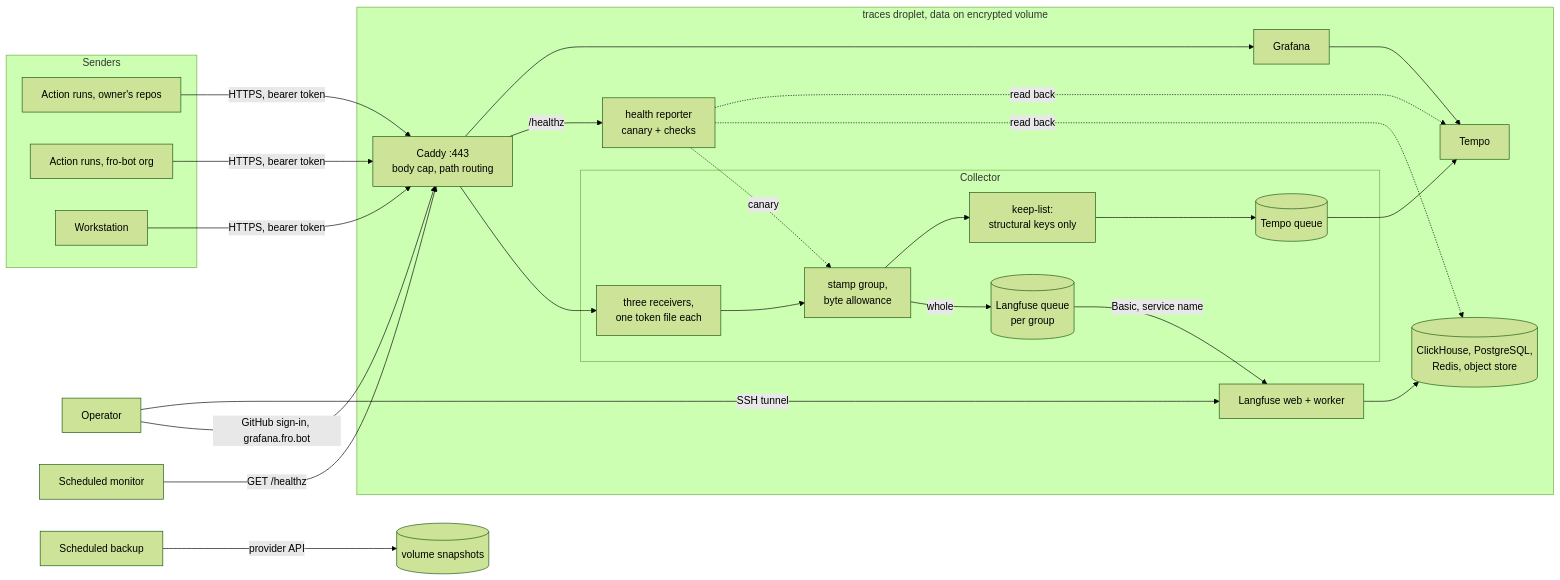
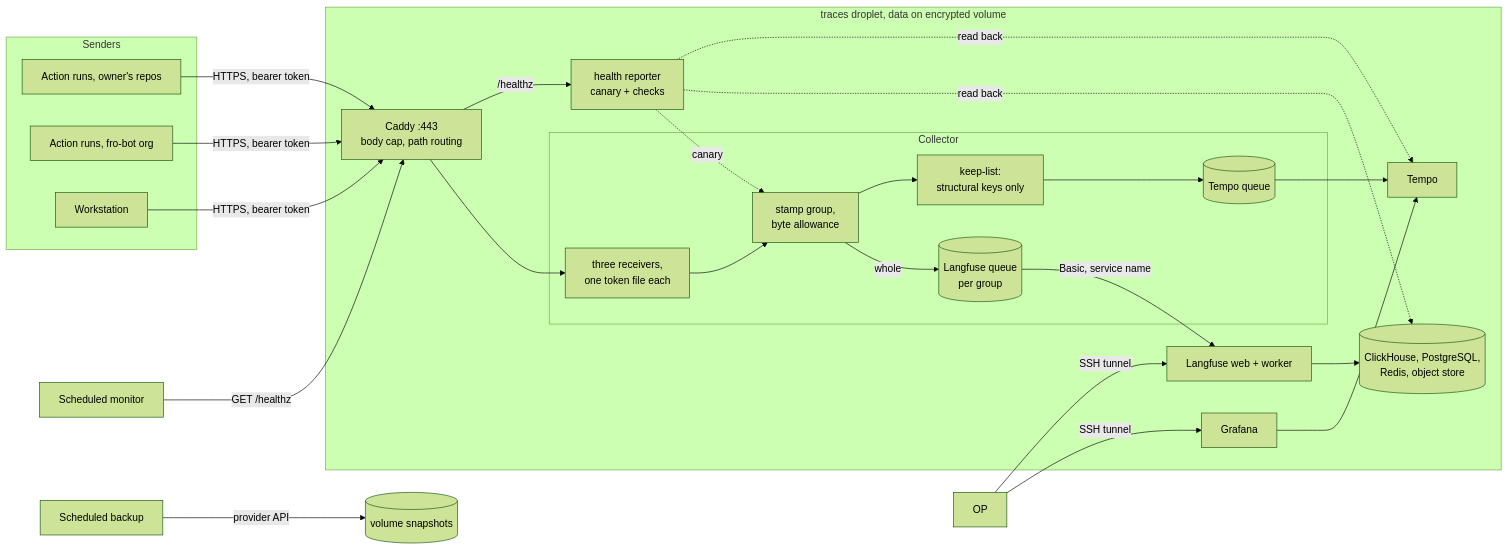
Before and after one commit to marcusrbrown/infra: the first of 2 diagrams in docs/plans/2026-11-20-001-feat-trace-collection-stack-plan.md, drawn with Mermaid (forest theme). The commit also changed other lines of this file, not shown here.

````diff
--- a/docs/plans/2026-11-20-001-feat-trace-collection-stack-plan.md
+++ b/docs/plans/2026-11-20-001-feat-trace-collection-stack-plan.md
@@ -349,35 +343,35 @@
 ```mermaid
 flowchart LR
   subgraph senders[Senders]
     A1[Action runs, owner's repos]
     A2[Action runs, fro-bot org]
     A3[Workstation]
   end
   subgraph host[traces droplet, data on encrypted volume]
     C[Caddy :443<br/>body cap, path routing]
     subgraph col[Collector]
       R[three receivers,<br/>one token file each]
       L[stamp group,<br/>byte allowance]
       Q1[(Langfuse queue<br/>per group)]
       K[keep-list:<br/>structural keys only]
       Q2[(Tempo queue)]
     end
     LF[Langfuse web + worker]
     ST[(ClickHouse, PostgreSQL,<br/>Redis, object store)]
     T[Tempo]
     G[Grafana]
     H[health reporter<br/>canary + checks]
   end
   A1 & A2 & A3 -->|HTTPS, bearer token| C
   C --> R --> L
   L -->|whole| Q1 -->|Basic, service name| LF --> ST
   L --> K --> Q2 --> T
   G --> T
   H -.->|canary| L
   H -.->|read back| ST & T
   C -->|/healthz| H
-  OP[Operator] -->|GitHub sign-in, grafana.fro.bot| C --> G
+  OP -->|SSH tunnel| G
   OP -->|SSH tunnel| LF
   MON[Scheduled monitor] -->|GET /healthz| C
   BK[Scheduled backup] -->|provider API| SNAP[(volume snapshots)]
 ```
````
